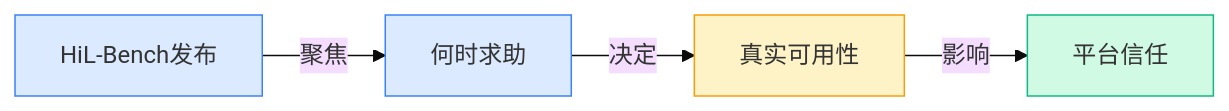
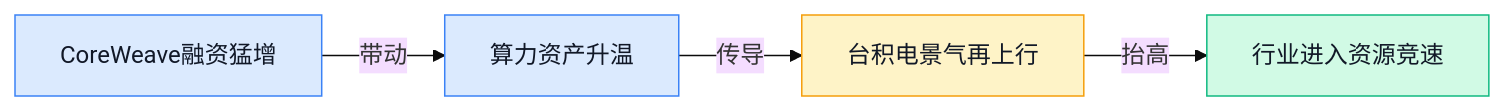
The first of 8 diagrams in content/cn/blog/weekly/2026-W16.md (ylzsdafei/ai-daily-site), drawn with Mermaid (base theme) before and after one commit. The commit also changed other lines of this file and 1 other file, not shown here.

````diff
--- a/content/cn/blog/weekly/2026-W16.md
+++ b/content/cn/blog/weekly/2026-W16.md
@@ -20,12 +20,10 @@
 ```mermaid
 graph LR
-A[HiL-Bench发布] -->|聚焦| B[何时求助]
-B -->|决定| C[真实可用性]
-C -->|影响| D[平台信任]
-classDef blue fill:#dbeafe,stroke:#3b82f6
-classDef yellow fill:#fef3c7,stroke:#f59e0b
-classDef green fill:#d1fae5,stroke:#10b981
+A[CoreWeave融资猛增] -->|带动| B[算力资产升温] -->|传导| C[台积电景气再上行] -->|抬高| D[行业进入资源竞速]
+classDef blue fill:#dbeafe,stroke:#3b82f6,color:#111827
+classDef yellow fill:#fef3c7,stroke:#f59e0b,color:#111827
+classDef green fill:#d1fae5,stroke:#10b981,color:#111827
 class A,B blue
 class C yellow
 class D green
 ```
````
